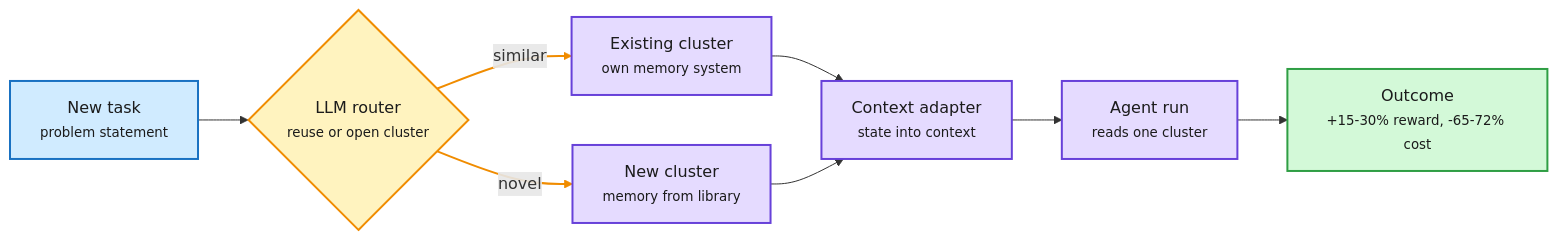
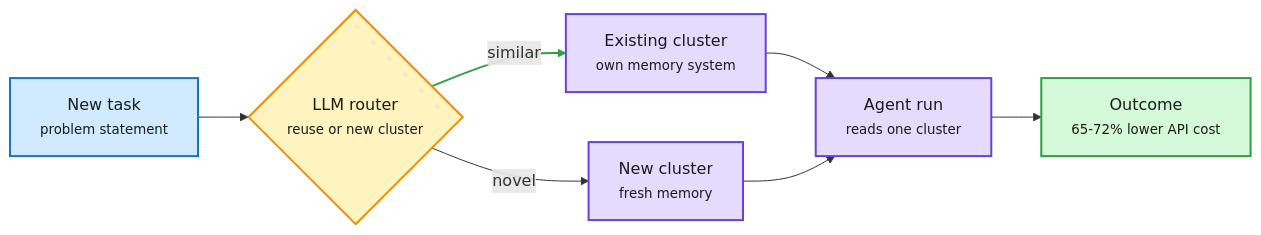
One commit to bayesiansapien/cere-bro changed the first of 4 diagrams in wiki/daily-digest/2026-11/2026-11-01.md. Above: the diagram before and after it, drawn with Mermaid. The commit also changed other lines of this file, not shown here.

````diff
--- a/wiki/daily-digest/2026-11/2026-11-01.md
+++ b/wiki/daily-digest/2026-11/2026-11-01.md
@@ -41,20 +41,18 @@
 ```mermaid
 flowchart LR
-  T["New task<br/><small>problem statement</small>"] --> R{"LLM router<br/><small>reuse or open cluster</small>"}
+  T["New task<br/><small>problem statement</small>"] --> R{"LLM router<br/><small>reuse or new cluster</small>"}
   R -->|similar| C1["Existing cluster<br/><small>own memory system</small>"]
-  R -->|novel| C2["New cluster<br/><small>memory from library</small>"]
-  C1 --> M["Context adapter<br/><small>state into context</small>"]
-  C2 --> M
-  M --> A["Agent run<br/><small>reads one cluster</small>"]
-  A --> O["Outcome<br/><small>+15-30% reward, -65-72% cost</small>"]
+  R -->|novel| C2["New cluster<br/><small>fresh memory</small>"]
+  C1 --> A["Agent run<br/><small>reads one cluster</small>"]
+  C2 --> A
+  A --> O["Outcome<br/><small>65-72% lower API cost</small>"]
   classDef input fill:#d0ebff,stroke:#1971c2,color:#1b1b1b,stroke-width:2px
   classDef loop fill:#fff3bf,stroke:#f08c00,color:#1b1b1b,stroke-width:2px
   classDef core fill:#e5dbff,stroke:#6741d9,color:#1b1b1b,stroke-width:2px
   classDef exit fill:#d3f9d8,stroke:#2f9e44,color:#1b1b1b,stroke-width:2px
   class T input
   class R loop
-  class C1,C2,M,A core
+  class C1,C2,A core
   class O exit
-  linkStyle 1 stroke:#f08c00,stroke-width:2px
-  linkStyle 2 stroke:#f08c00,stroke-width:2px
+  linkStyle 1 stroke:#2f9e44,stroke-width:2px
 ```
````
